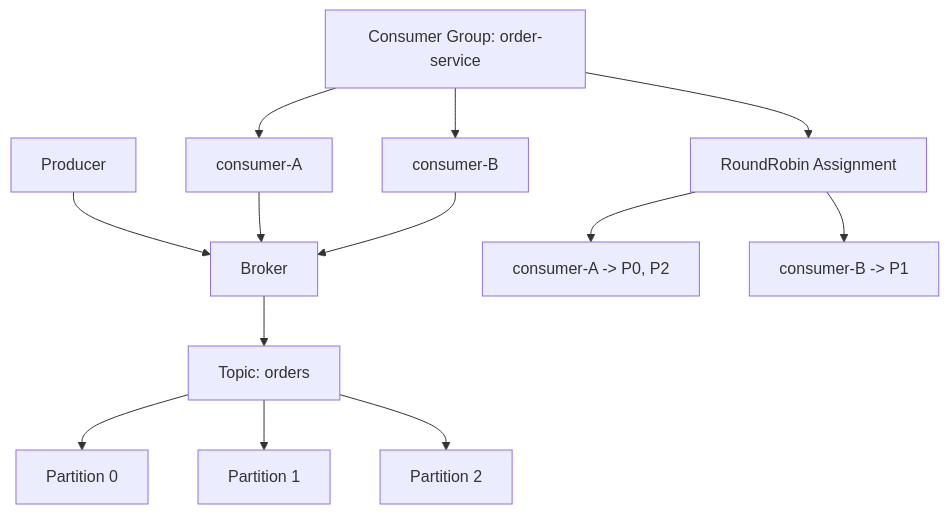
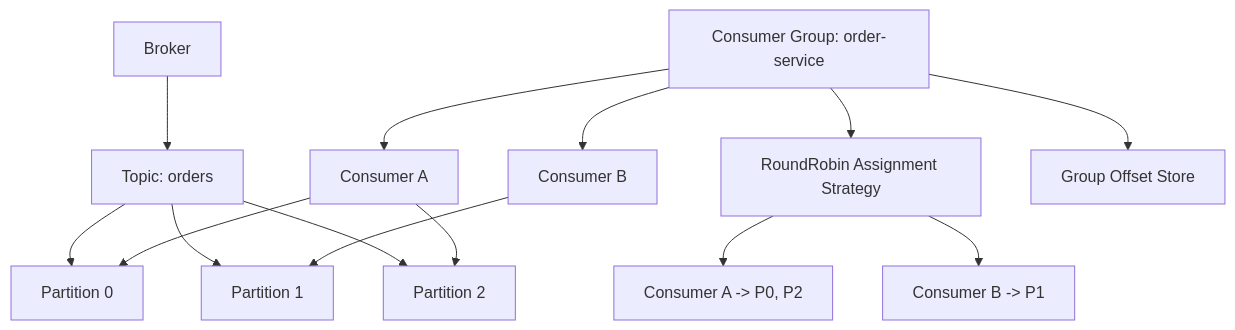
Before and after one commit to mthaiseer/springcloud-systemdesign-notes: the first of 2 diagrams in HLD_NOTES/006_MINI_PROJECTS/001_MINI_PROJECTS/Kafka/015_Partition_Assignment.md, drawn with Mermaid. The commit also changed other lines of this file, not shown here.

````diff
--- a/HLD_NOTES/006_MINI_PROJECTS/001_MINI_PROJECTS/Kafka/015_Partition_Assignment.md
+++ b/HLD_NOTES/006_MINI_PROJECTS/001_MINI_PROJECTS/Kafka/015_Partition_Assignment.md
@@ -161,19 +168,21 @@
 ```mermaid
 flowchart TD
-    A[Producer] --> B[Broker]
-    B --> T[Topic: orders]
+    A[Broker] --> B[Topic: orders]
 
-    T --> P0[Partition 0]
-    T --> P1[Partition 1]
-    T --> P2[Partition 2]
+    B --> P0[Partition 0]
+    B --> P1[Partition 1]
+    B --> P2[Partition 2]
 
-    G[Consumer Group: order-service] --> C1[consumer-A]
-    G --> C2[consumer-B]
+    G[Consumer Group: order-service] --> C1[Consumer A]
+    G --> C2[Consumer B]
 
-    G --> S[RoundRobin Assignment]
-    S --> A1["consumer-A -> P0, P2"]
-    S --> A2["consumer-B -> P1"]
+    G --> S[RoundRobin Assignment Strategy]
+    S --> A1["Consumer A -> P0, P2"]
+    S --> A2["Consumer B -> P1"]
 
-    C1 --> B
-    C2 --> B
+    C1 --> P0
+    C1 --> P2
+    C2 --> P1
+
+    G --> O[Group Offset Store]
 ```
````
